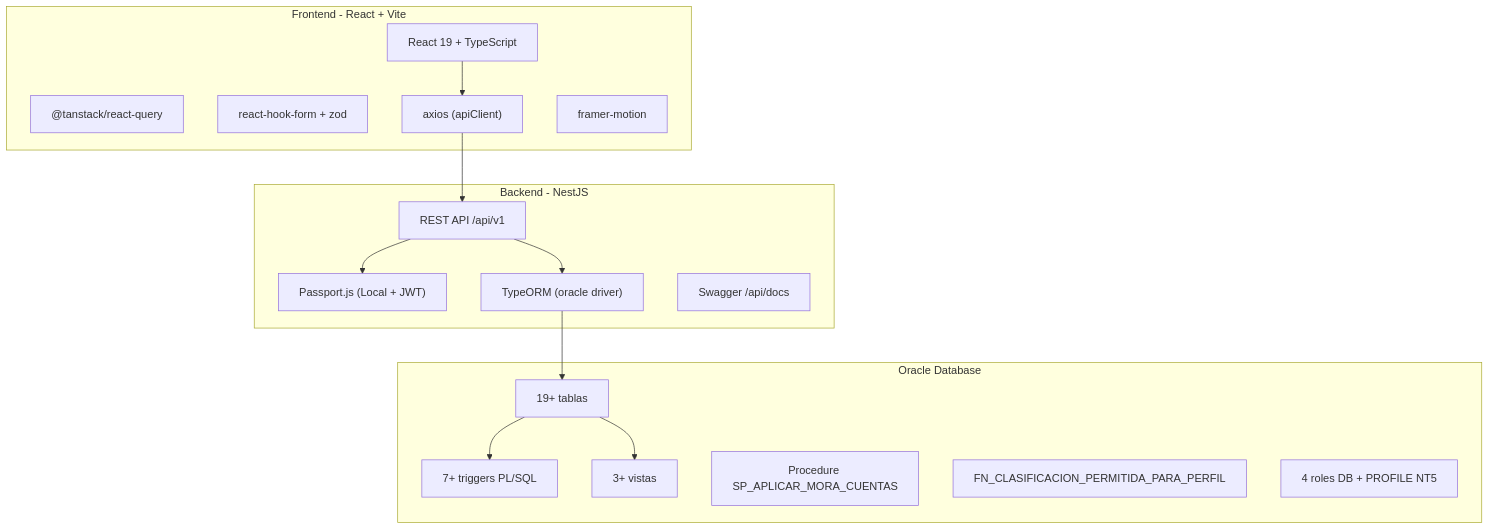
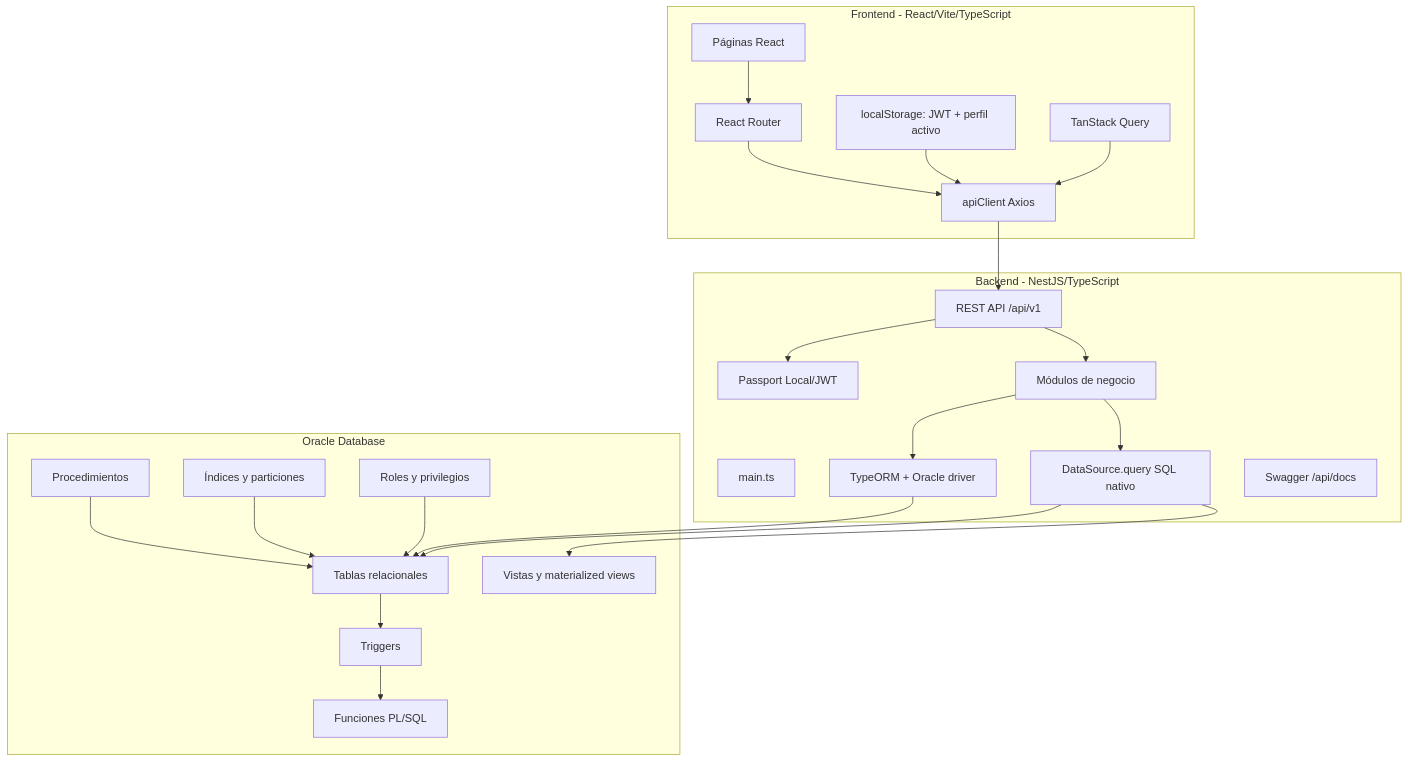
Before and after one commit to JuanNorena/MinFlix: the first of 10 diagrams in Docs/Resumen_Proyecto.md, drawn with Mermaid. The commit also changed other lines of this file, not shown here.

````diff
--- a/Docs/Resumen_Proyecto.md
+++ b/Docs/Resumen_Proyecto.md
@@ -26,32 +50,48 @@
 ```mermaid
 graph TB
-    subgraph "Frontend - React + Vite"
-        FE["React 19 + TypeScript"]
-        RQ["@tanstack/react-query"]
-        RHF["react-hook-form + zod"]
-        AX["axios (apiClient)"]
-        FM["framer-motion"]
+    subgraph FE["Frontend - React/Vite/TypeScript"]
+        UI["Páginas React"]
+        ROUTER["React Router"]
+        CLIENT["apiClient Axios"]
+        SESSION["localStorage: JWT + perfil activo"]
+        QUERY["TanStack Query"]
     end
 
-    subgraph "Backend - NestJS"
+    subgraph BE["Backend - NestJS/TypeScript"]
+        MAIN["main.ts"]
         API["REST API /api/v1"]
-        PASS["Passport.js (Local + JWT)"]
-        TORM["TypeORM (oracle driver)"]
-        SWAG["Swagger /api/docs"]
+        AUTH["Passport Local/JWT"]
+        MODULES["Módulos de negocio"]
+        TYPEORM["TypeORM + Oracle driver"]
+        NATIVE["DataSource.query SQL nativo"]
+        SWAGGER["Swagger /api/docs"]
     end
 
-    subgraph "Oracle Database"
-        TABLES["19+ tablas"]
-        TRIGGERS["7+ triggers PL/SQL"]
-        VIEWS["3+ vistas"]
-        PROCS["Procedure SP_APLICAR_MORA_CUENTAS"]
-        FUNCS["FN_CLASIFICACION_PERMITIDA_PARA_PERFIL"]
-        ROLES["4 roles DB + PROFILE NT5"]
+    subgraph DB["Oracle Database"]
+        TABLES["Tablas relacionales"]
+        TRIGGERS["Triggers"]
+        FUNCTIONS["Funciones PL/SQL"]
+        PROCEDURES["Procedimientos"]
+        VIEWS["Vistas y materialized views"]
+        INDEXES["Índices y particiones"]
+        ROLES["Roles y privilegios"]
     end
 
-    FE --> AX --> API
-    API --> PASS
-    API --> TORM --> TABLES
+    UI --> ROUTER
+    ROUTER --> CLIENT
+    SESSION --> CLIENT
+    QUERY --> CLIENT
+    CLIENT --> API
+    API --> AUTH
+    API --> MODULES
+    MODULES --> TYPEORM
+    MODULES --> NATIVE
+    TYPEORM --> TABLES
+    NATIVE --> TABLES
+    NATIVE --> VIEWS
     TABLES --> TRIGGERS
-    TABLES --> VIEWS
+    TRIGGERS --> FUNCTIONS
+    PROCEDURES --> TABLES
+    INDEXES --> TABLES
+    ROLES --> TABLES
 ```
````
